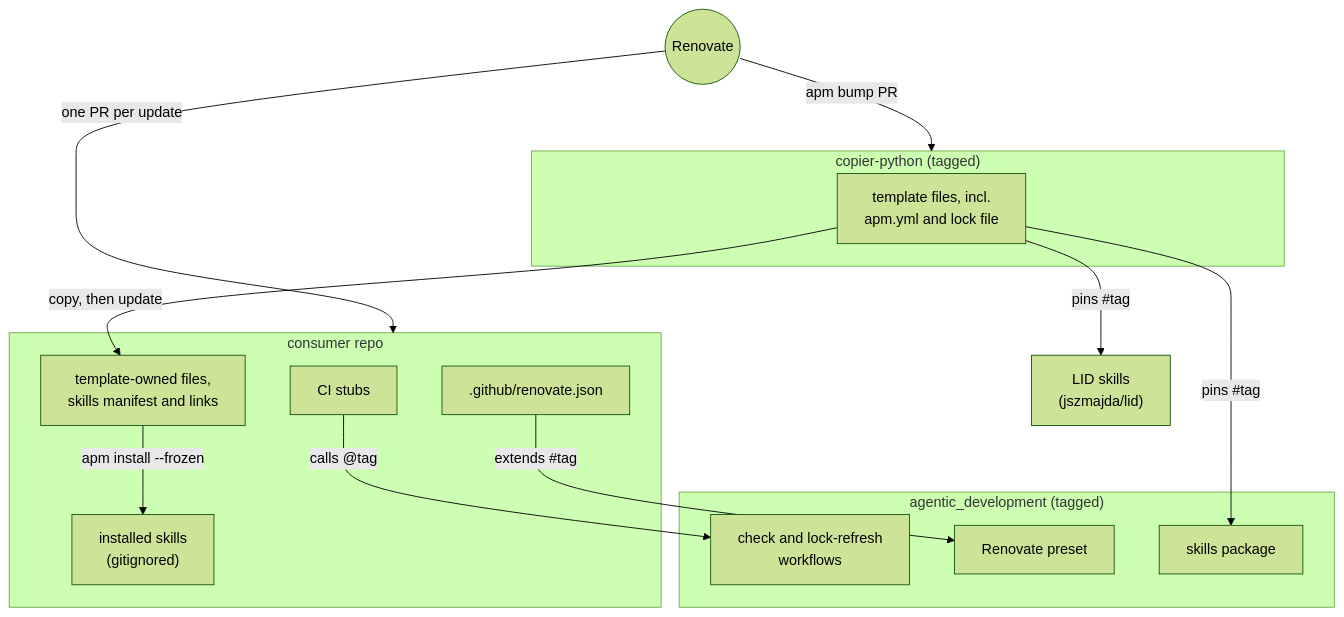
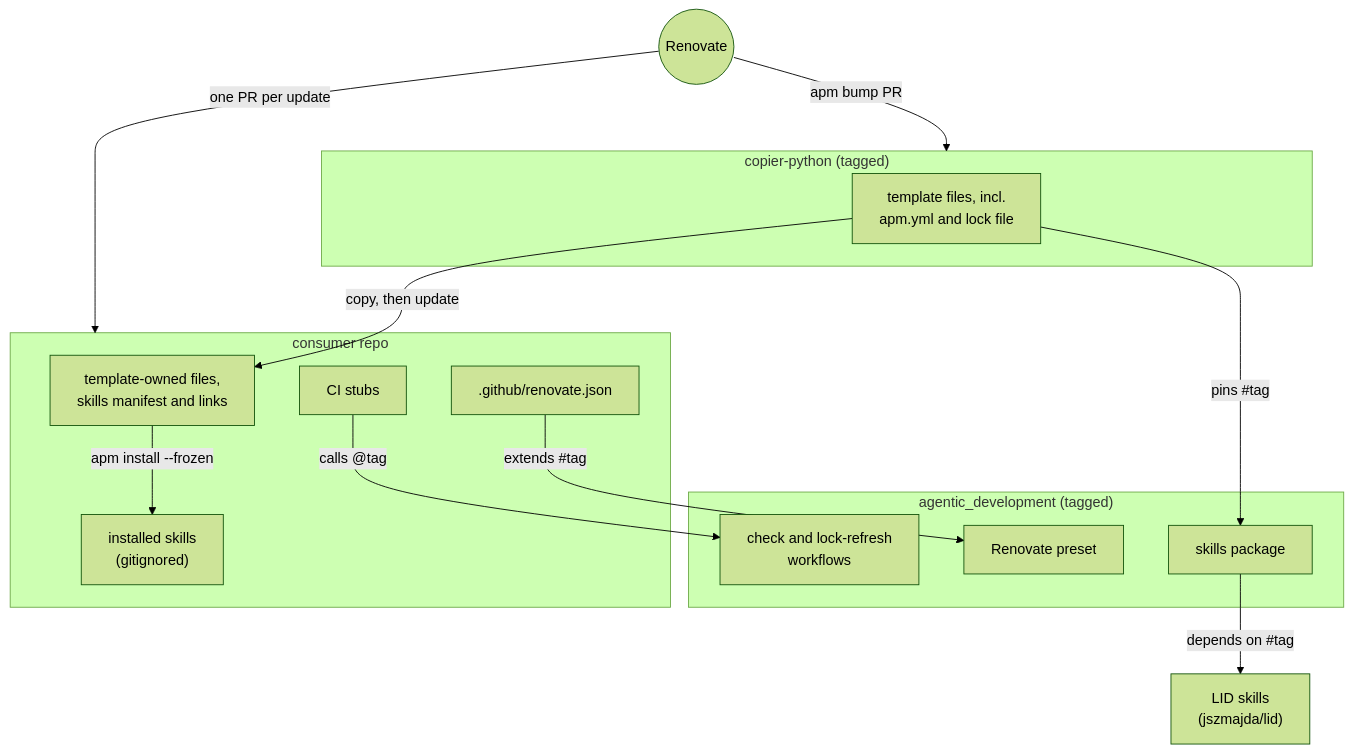
The diagram in docs/high-level-design.md (jmbowman/agentic_development), drawn with Mermaid (forest theme) before and after one commit. The commit also changed other lines of this file and 3 other files, not shown here.

````diff
--- a/docs/high-level-design.md
+++ b/docs/high-level-design.md
@@ -110,27 +110,27 @@
 ```mermaid
 flowchart TB
   subgraph AD["agentic_development (tagged)"]
     WF["check and lock-refresh<br/>workflows"]
     PS["Renovate preset"]
     SK["skills package"]
   end
   LID["LID skills<br/>(jszmajda/lid)"]
   subgraph CP["copier-python (tagged)"]
     T["template files, incl.<br/>apm.yml and lock file"]
   end
   subgraph R["consumer repo"]
     CFG["template-owned files,<br/>skills manifest and links"]
     DS["installed skills<br/>(gitignored)"]
     STUB["CI stubs"]
     RJ[".github/renovate.json"]
   end
   RN(("Renovate"))
   T -->|"pins #tag"| SK
-  T -->|"pins #tag"| LID
+  SK -->|"depends on #tag"| LID
   T -->|"copy, then update"| CFG
   CFG -->|"apm install --frozen"| DS
   STUB -->|"calls @tag"| WF
   RJ -->|"extends #tag"| PS
   RN -->|"one PR per update"| R
   RN -->|"apm bump PR"| CP
 ```
````
